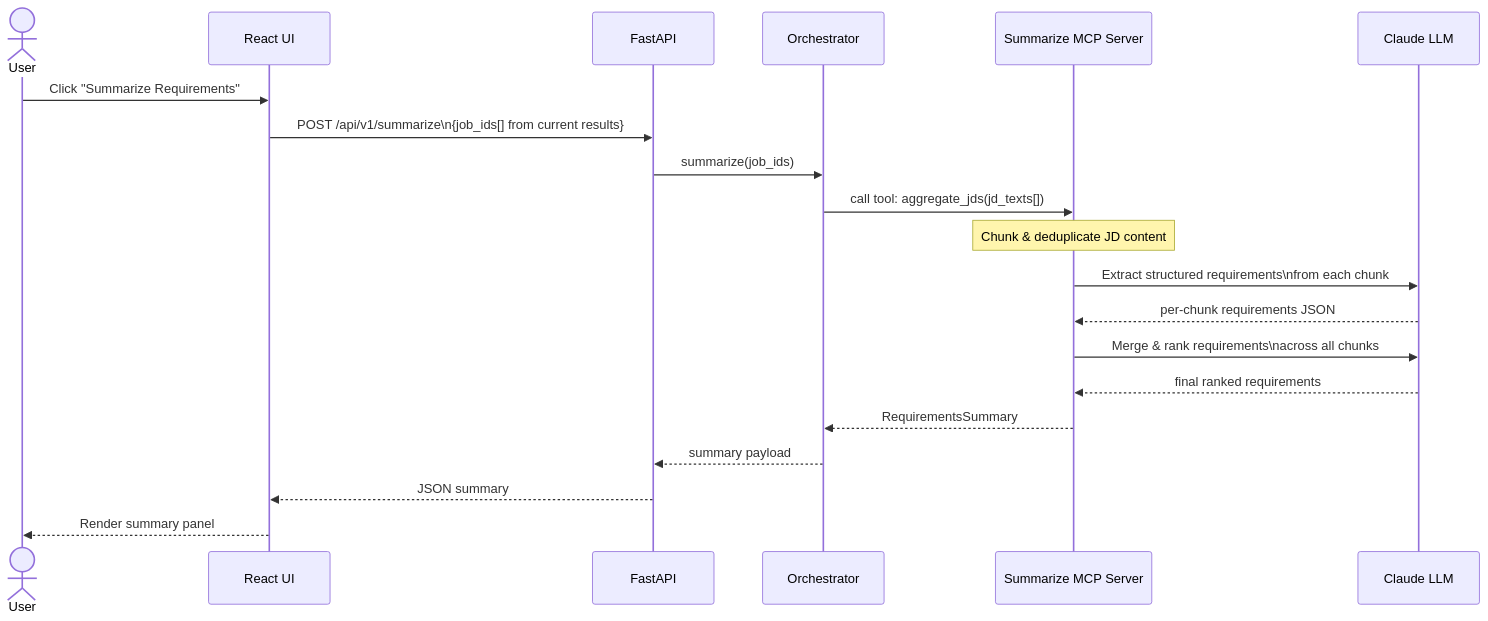
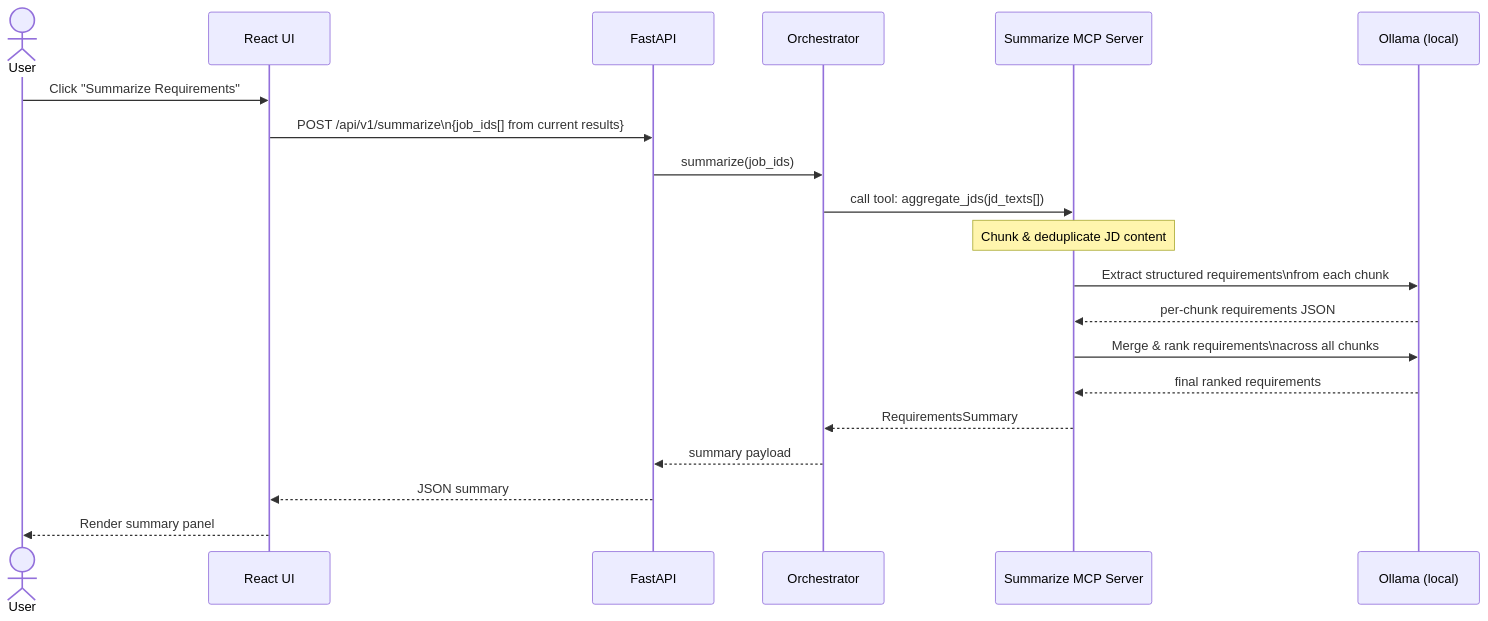
Before and after one commit to chuan2019/JobReqPilot: the fifth of 7 diagrams in docs/ARCHITECTURE.md, drawn with Mermaid. The commit also changed other lines of this file, not shown here.

Commit message:
AGTAI-13 update architecture design

````diff
--- a/docs/ARCHITECTURE.md
+++ b/docs/ARCHITECTURE.md
@@ -174,23 +182,23 @@
 ```mermaid
 sequenceDiagram
     actor User
     participant UI as React UI
     participant API as FastAPI
     participant Orch as Orchestrator
     participant SumMCP as Summarize MCP Server
-    participant LLM as Claude LLM
+    participant Ollama as Ollama (local)
 
     User->>UI: Click "Summarize Requirements"
     UI->>API: POST /api/v1/summarize\n{job_ids[] from current results}
     API->>Orch: summarize(job_ids)
     Orch->>SumMCP: call tool: aggregate_jds(jd_texts[])
     Note over SumMCP: Chunk & deduplicate JD content
-    SumMCP->>LLM: Extract structured requirements\nfrom each chunk
-    LLM-->>SumMCP: per-chunk requirements JSON
-    SumMCP->>LLM: Merge & rank requirements\nacross all chunks
-    LLM-->>SumMCP: final ranked requirements
+    SumMCP->>Ollama: Extract structured requirements\nfrom each chunk
+    Ollama-->>SumMCP: per-chunk requirements JSON
+    SumMCP->>Ollama: Merge & rank requirements\nacross all chunks
+    Ollama-->>SumMCP: final ranked requirements
     SumMCP-->>Orch: RequirementsSummary
     Orch-->>API: summary payload
     API-->>UI: JSON summary
     UI-->>User: Render summary panel
 ```
````
